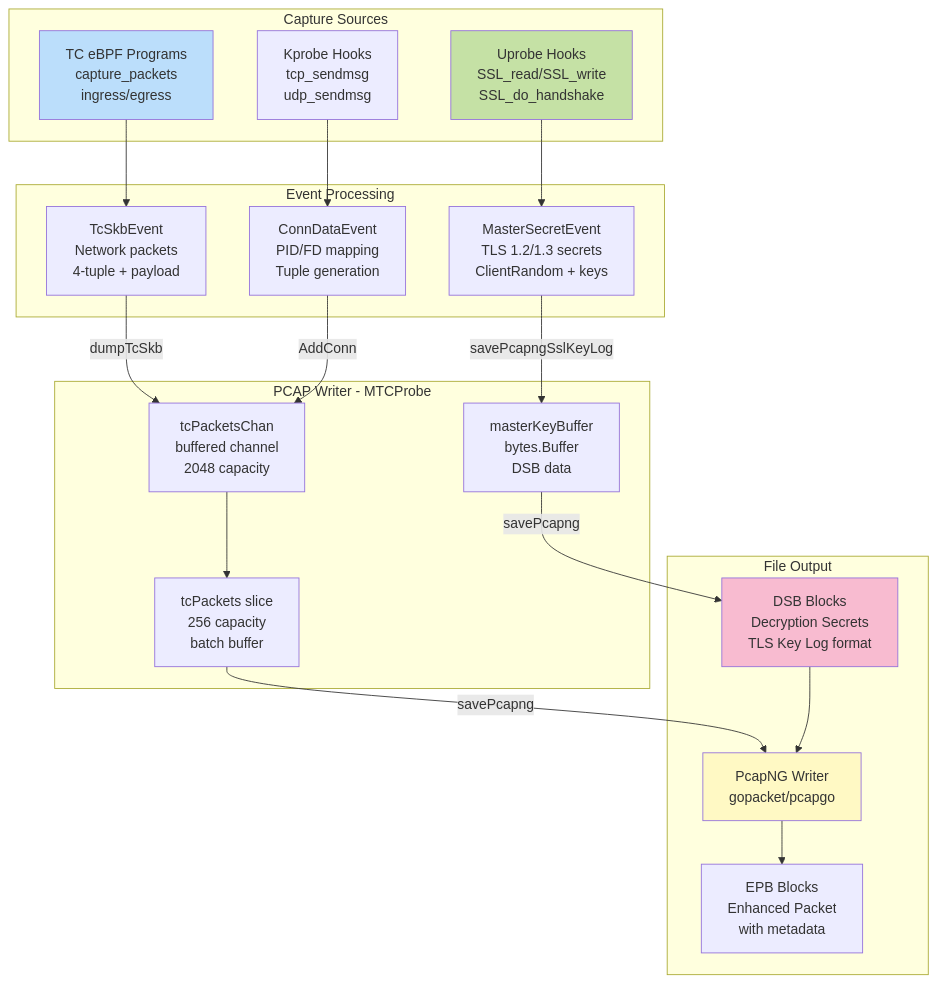
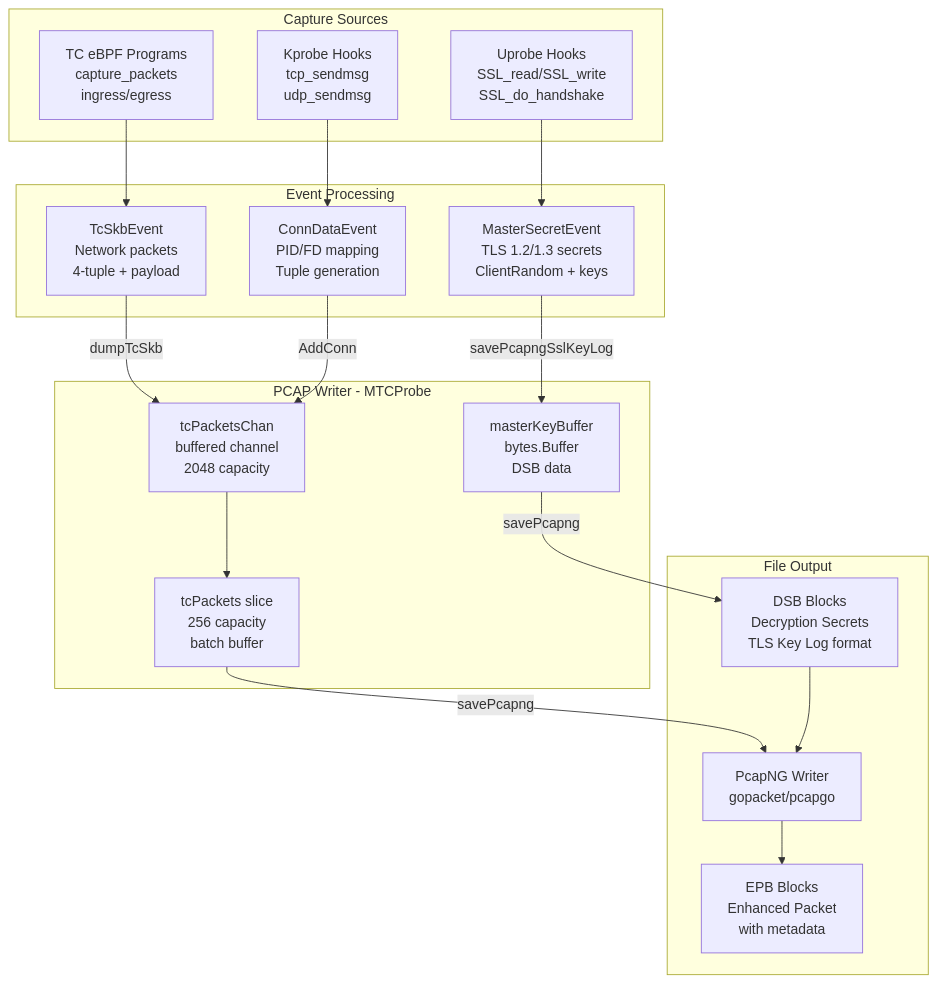
The first of 8 diagrams in src/en/4-output-formats/4.2-pcap-integration.md (gojue/ecapture.cc), drawn with Mermaid before and after one commit. The commit also changed other lines of this file and 115 other files, not shown here.

````diff
--- a/src/en/4-output-formats/4.2-pcap-integration.md
+++ b/src/en/4-output-formats/4.2-pcap-integration.md
@@ -42,46 +46,41 @@
 ```mermaid
 graph TB
     subgraph "Capture Sources"
-        TC[TC eBPF Programs<br/>capture_packets<br/>ingress/egress]
-        UPROBE[Uprobe Hooks<br/>SSL_read/SSL_write<br/>SSL_do_handshake]
-        KPROBE[Kprobe Hooks<br/>tcp_sendmsg<br/>udp_sendmsg]
+        TC["TC eBPF Programs<br/>capture_packets<br/>ingress/egress"]
+        UPROBE["Uprobe Hooks<br/>SSL_read/SSL_write<br/>SSL_do_handshake"]
+        KPROBE["Kprobe Hooks<br/>tcp_sendmsg<br/>udp_sendmsg"]
     end
     
     subgraph "Event Processing"
-        TC_EVENT[TcSkbEvent<br/>Network packets<br/>4-tuple + payload]
-        MS_EVENT[MasterSecretEvent<br/>TLS 1.2/1.3 secrets<br/>ClientRandom + keys]
-        CONN_EVENT[ConnDataEvent<br/>PID/FD mapping<br/>Tuple generation]
+        TC_EVENT["TcSkbEvent<br/>Network packets<br/>4-tuple + payload"]
+        MS_EVENT["MasterSecretEvent<br/>TLS 1.2/1.3 secrets<br/>ClientRandom + keys"]
+        CONN_EVENT["ConnDataEvent<br/>PID/FD mapping<br/>Tuple generation"]
     end
     
     subgraph "PCAP Writer - MTCProbe"
-        PACKET_CHAN[tcPacketsChan<br/>buffered channel<br/>2048 capacity]
-        PACKET_BUF[tcPackets slice<br/>256 capacity<br/>batch buffer]
-        MASTERKEY_BUF[masterKeyBuffer<br/>bytes.Buffer<br/>DSB data]
+        PACKET_CHAN["tcPacketsChan<br/>buffered channel<br/>2048 capacity"]
+        PACKET_BUF["tcPackets slice<br/>256 capacity<br/>batch buffer"]
+        MASTERKEY_BUF["masterKeyBuffer<br/>bytes.Buffer<br/>DSB data"]
     end
     
     subgraph "File Output"
-        PCAPNG_WRITER[PcapNG Writer<br/>gopacket/pcapgo]
-        DSB_BLOCKS[DSB Blocks<br/>Decryption Secrets<br/>TLS Key Log format]
-        EPB_BLOCKS[EPB Blocks<br/>Enhanced Packet<br/>with metadata]
+        PCAPNG_WRITER["PcapNG Writer<br/>gopacket/pcapgo"]
+        DSB_BLOCKS["DSB Blocks<br/>Decryption Secrets<br/>TLS Key Log format"]
+        EPB_BLOCKS["EPB Blocks<br/>Enhanced Packet<br/>with metadata"]
     end
     
     TC --> TC_EVENT
     UPROBE --> MS_EVENT
     KPROBE --> CONN_EVENT
     
-    TC_EVENT -->|dumpTcSkb| PACKET_CHAN
-    MS_EVENT -->|savePcapngSslKeyLog| MASTERKEY_BUF
-    CONN_EVENT -->|AddConn| PACKET_CHAN
+    TC_EVENT -->|"dumpTcSkb"| PACKET_CHAN
+    MS_EVENT -->|"savePcapngSslKeyLog"| MASTERKEY_BUF
+    CONN_EVENT -->|"AddConn"| PACKET_CHAN
     
     PACKET_CHAN --> PACKET_BUF
-    PACKET_BUF -->|savePcapng| PCAPNG_WRITER
-    MASTERKEY_BUF -->|savePcapng| DSB_BLOCKS
+    PACKET_BUF -->|"savePcapng"| PCAPNG_WRITER
+    MASTERKEY_BUF -->|"savePcapng"| DSB_BLOCKS
     
     PCAPNG_WRITER --> EPB_BLOCKS
     DSB_BLOCKS --> PCAPNG_WRITER
-    
-    style TC fill:#bbdefb
-    style UPROBE fill:#c5e1a5
-    style PCAPNG_WRITER fill:#fff9c4
-    style DSB_BLOCKS fill:#f8bbd0
 ```
````
